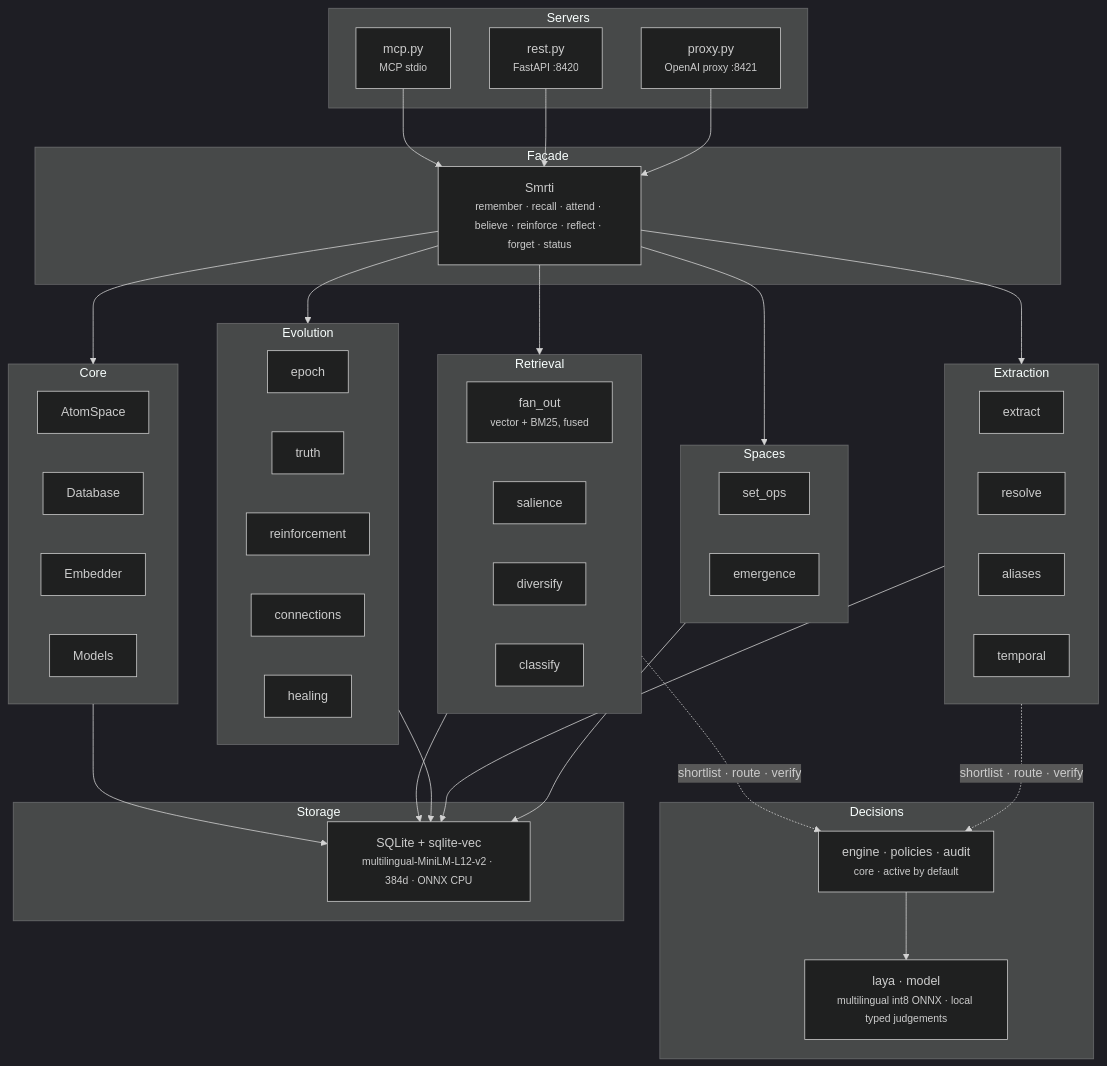
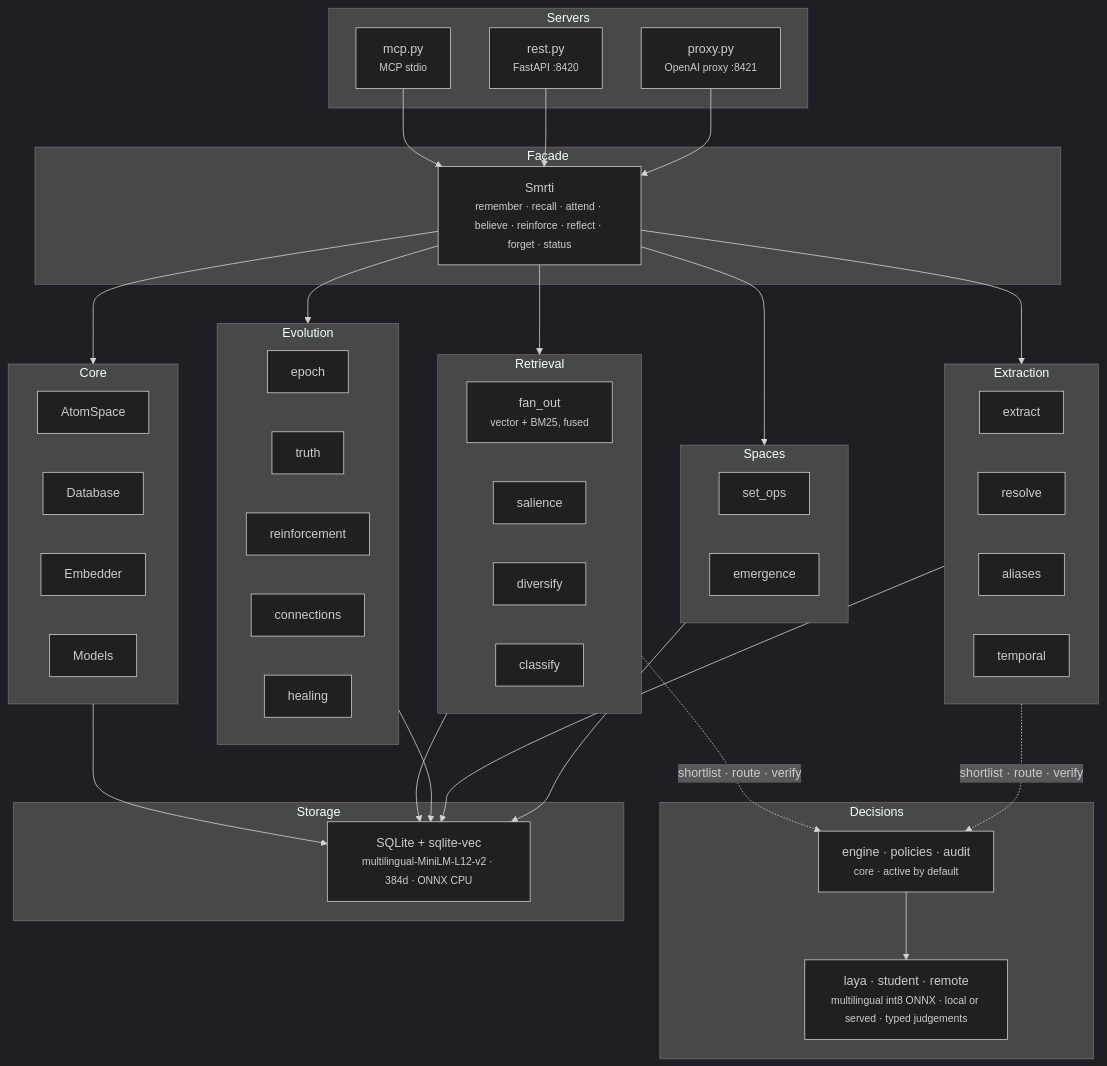
Before and after one commit to cyqlelabs/smrti: the diagram in README.md, drawn with Mermaid (dark theme). The commit also changed other lines of this file and 3 other files, not shown here.

Commit message:
docs: cover the student decision model and the per-candidate rerank

````diff
--- a/README.md
+++ b/README.md
@@ -488,61 +493,61 @@
 ```mermaid
 graph TD
     subgraph Facade
         S["Smrti<br/><small>remember · recall · attend · believe · reinforce · reflect · forget · status</small>"]
     end
 
     subgraph Servers
         MCP["mcp.py<br/><small>MCP stdio</small>"]
         REST["rest.py<br/><small>FastAPI :8420</small>"]
         PROXY["proxy.py<br/><small>OpenAI proxy :8421</small>"]
     end
 
     subgraph Core
         AS["AtomSpace"]
         DB["Database"]
         EMB["Embedder"]
         MOD["Models"]
     end
 
     subgraph Retrieval
         FAN["fan_out<br/><small>vector + BM25, fused</small>"]
         SAL["salience"]
         DIV["diversify"]
         CLS["classify"]
     end
 
     subgraph Evolution
         EPO["epoch"]
         TRU["truth"]
         REI["reinforcement"]
         CON["connections"]
         HEA["healing"]
     end
 
     subgraph Spaces
         SOP["set_ops"]
         EMG["emergence"]
     end
 
     subgraph Extraction
         EXT["extract"]
         RES["resolve"]
         ALI["aliases"]
         TMP["temporal"]
     end
 
     subgraph Decisions
         DEC["engine · policies · audit<br/><small>core · active by default</small>"]
-        LAYA["laya · model<br/><small>multilingual int8 ONNX · local typed judgements</small>"]
+        LAYA["laya · student · remote<br/><small>multilingual int8 ONNX · local or served · typed judgements</small>"]
     end
 
     subgraph Storage
         SQL["SQLite + sqlite-vec<br/><small>multilingual-MiniLM-L12-v2 · 384d · ONNX CPU</small>"]
     end
 
     MCP & REST & PROXY --> S
     S --> Core & Retrieval & Evolution & Extraction & Spaces
     Retrieval & Extraction -.->|"shortlist · route · verify"| DEC
     DEC --> LAYA
     Core & Retrieval & Evolution & Extraction & Spaces --> SQL
 ```
````
